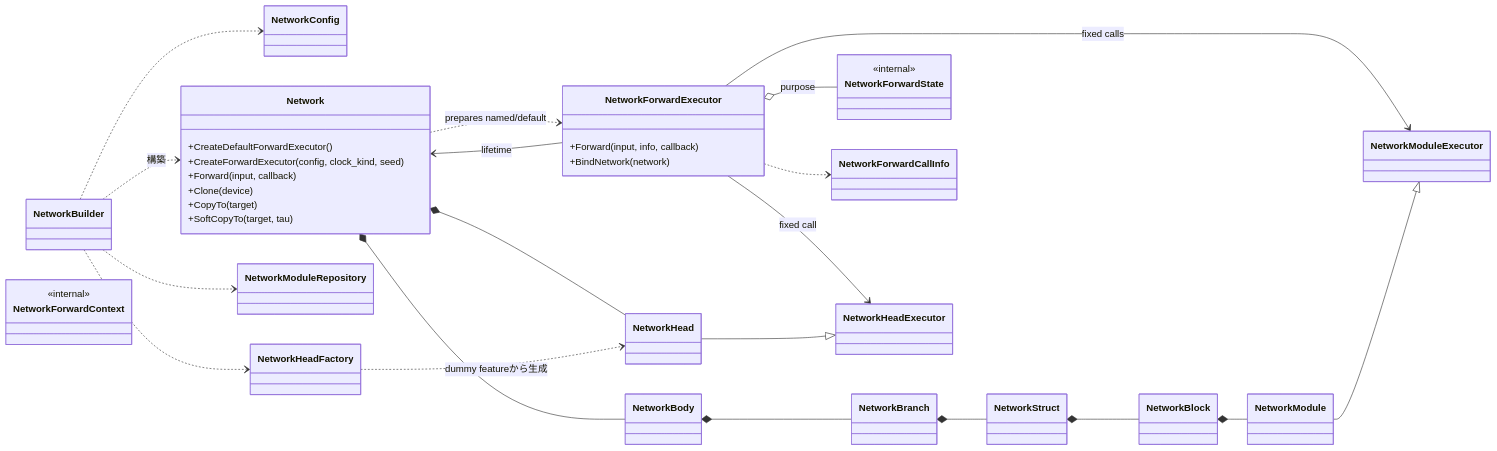
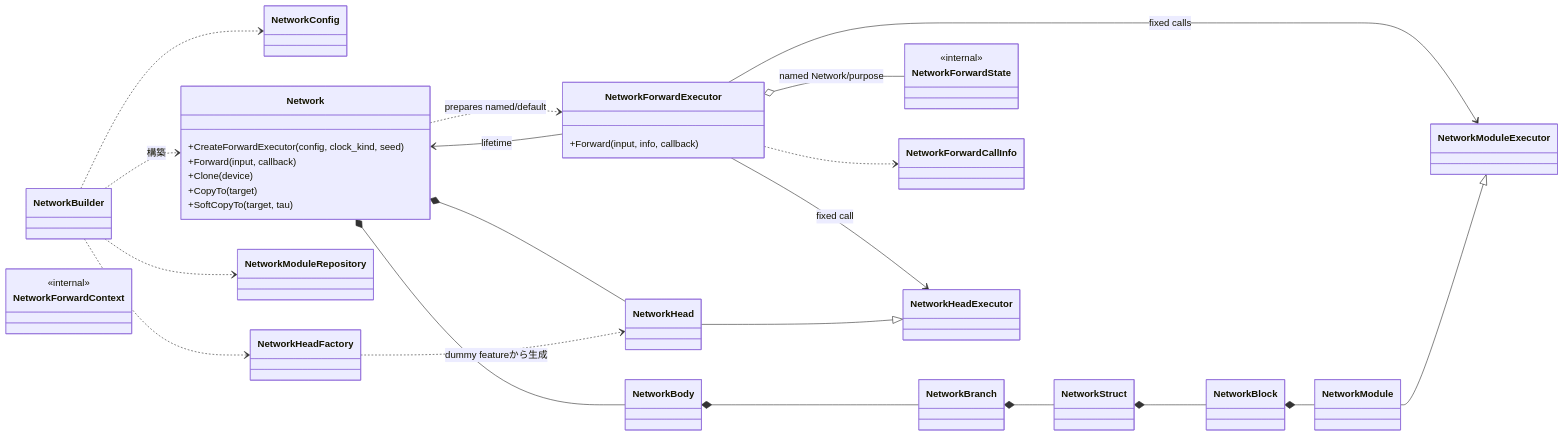
One commit to kazukin123/anet-lab changed the first of 4 diagrams in docs/design/130_neural_networks.en.md. Above: the diagram before and after it, drawn with Mermaid. The commit also changed other lines of this file and 22 other files, not shown here.

````diff
--- a/docs/design/130_neural_networks.en.md
+++ b/docs/design/130_neural_networks.en.md
@@ -147,56 +147,54 @@
 ```mermaid
 classDiagram
 direction LR
 
 class NetworkBuilder
 class NetworkConfig
 class Network {
-  +CreateDefaultForwardExecutor()
   +CreateForwardExecutor(config, clock_kind, seed)
   +Forward(input, callback)
   +Clone(device)
   +CopyTo(target)
   +SoftCopyTo(target, tau)
 }
 class NetworkBody
 class NetworkBranch
 class NetworkStruct
 class NetworkBlock
 class NetworkModule
 class NetworkModuleRepository
 class NetworkHead
 class NetworkHeadFactory
 class NetworkForwardExecutor {
   +Forward(input, info, callback)
-  +BindNetwork(network)
 }
 class NetworkForwardState {
   <<internal>>
 }
 class NetworkForwardContext {
   <<internal>>
 }
 class NetworkForwardCallInfo
 class NetworkModuleExecutor
 class NetworkHeadExecutor
 
 NetworkForwardExecutor --> Network : lifetime
-NetworkForwardExecutor o-- NetworkForwardState : purpose
+NetworkForwardExecutor o-- NetworkForwardState : named Network/purpose
 NetworkForwardExecutor ..> NetworkForwardCallInfo
 NetworkForwardExecutor --> NetworkModuleExecutor : fixed calls
 NetworkForwardExecutor --> NetworkHeadExecutor : fixed call
 NetworkModule --|> NetworkModuleExecutor
 NetworkHead --|> NetworkHeadExecutor
 Network ..> NetworkForwardExecutor : prepares named/default
 NetworkBuilder ..> NetworkConfig
 NetworkBuilder ..> NetworkModuleRepository
 NetworkBuilder ..> NetworkHeadFactory
 NetworkBuilder ..> Network : 構築
 Network *-- NetworkBody
 Network *-- NetworkHead
 NetworkBody *-- NetworkBranch
 NetworkBranch *-- NetworkStruct
 NetworkStruct *-- NetworkBlock
 NetworkBlock *-- NetworkModule
 NetworkHeadFactory ..> NetworkHead : dummy featureから生成
 ```
````
